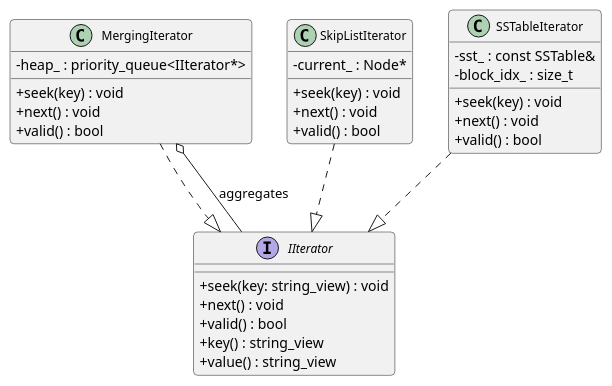
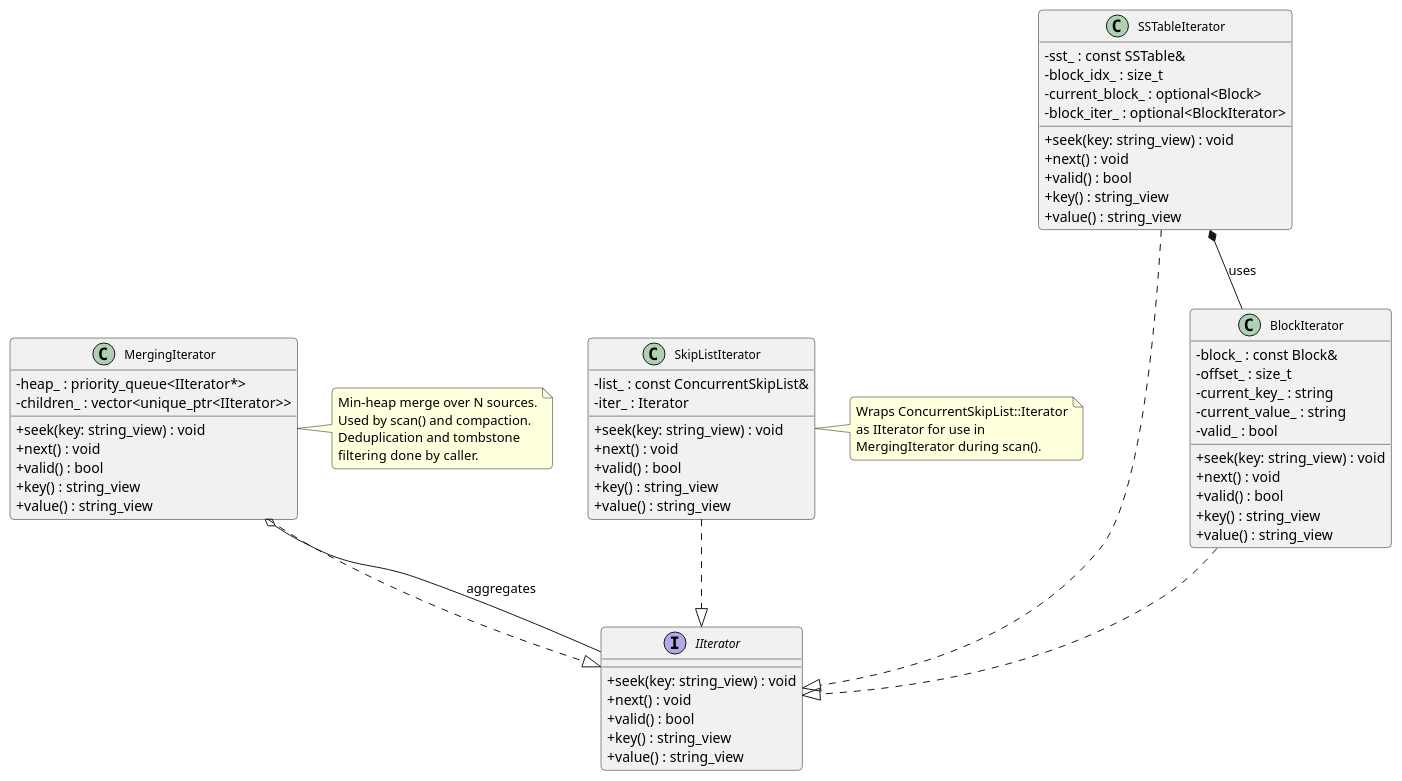
Before and after one commit to IulianBirladeanu07/lsm_tree: the diagram in docs/lsm_04_iterators.puml, drawn with PlantUML. The commit also changed 3 other files, not shown here.

Commit message:
updated plantumls + the sw system arch + detail design

```diff
--- a/docs/lsm_04_iterators.puml
+++ b/docs/lsm_04_iterators.puml
@@ -1,42 +1,80 @@
 @startuml lsm_04_iterators
 skinparam classAttributeIconSize 0
 skinparam classFontSize 12
 skinparam roundCorner 8
 skinparam shadowing false
 
 interface IIterator {
   + seek(key: string_view) : void
   + next() : void
   + valid() : bool
   + key() : string_view
   + value() : string_view
 }
 
 class MergingIterator {
-  + seek(key) : void
+  + seek(key: string_view) : void
   + next() : void
   + valid() : bool
+  + key() : string_view
+  + value() : string_view
   - heap_ : priority_queue<IIterator*>
+  - children_ : vector<unique_ptr<IIterator>>
 }
 
 class SkipListIterator {
-  + seek(key) : void
+  + seek(key: string_view) : void
   + next() : void
   + valid() : bool
-  - current_ : Node*
+  + key() : string_view
+  + value() : string_view
+  - list_ : const ConcurrentSkipList&
+  - iter_ : Iterator
 }
 
 class SSTableIterator {
-  + seek(key) : void
+  + seek(key: string_view) : void
   + next() : void
   + valid() : bool
+  + key() : string_view
+  + value() : string_view
   - sst_ : const SSTable&
   - block_idx_ : size_t
+  - current_block_ : optional<Block>
+  - block_iter_ : optional<BlockIterator>
 }
+
+class BlockIterator {
+  + seek(key: string_view) : void
+  + next() : void
+  + valid() : bool
+  + key() : string_view
+  + value() : string_view
+  - block_ : const Block&
+  - offset_ : size_t
+  - current_key_ : string
+  - current_value_ : string
+  - valid_ : bool
+}
+
+note right of MergingIterator
+  Min-heap merge over N sources.
+  Used by scan() and compaction.
+  Deduplication and tombstone
+  filtering done by caller.
+end note
+
+note right of SkipListIterator
+  Wraps ConcurrentSkipList::Iterator
+  as IIterator for use in
+  MergingIterator during scan().
+end note
 
 SkipListIterator  ..|> IIterator
 SSTableIterator   ..|> IIterator
+BlockIterator     ..|> IIterator
 MergingIterator   ..|> IIterator
 MergingIterator   o-- IIterator : aggregates
+SSTableIterator   *-- BlockIterator : uses
 
 @enduml
```
